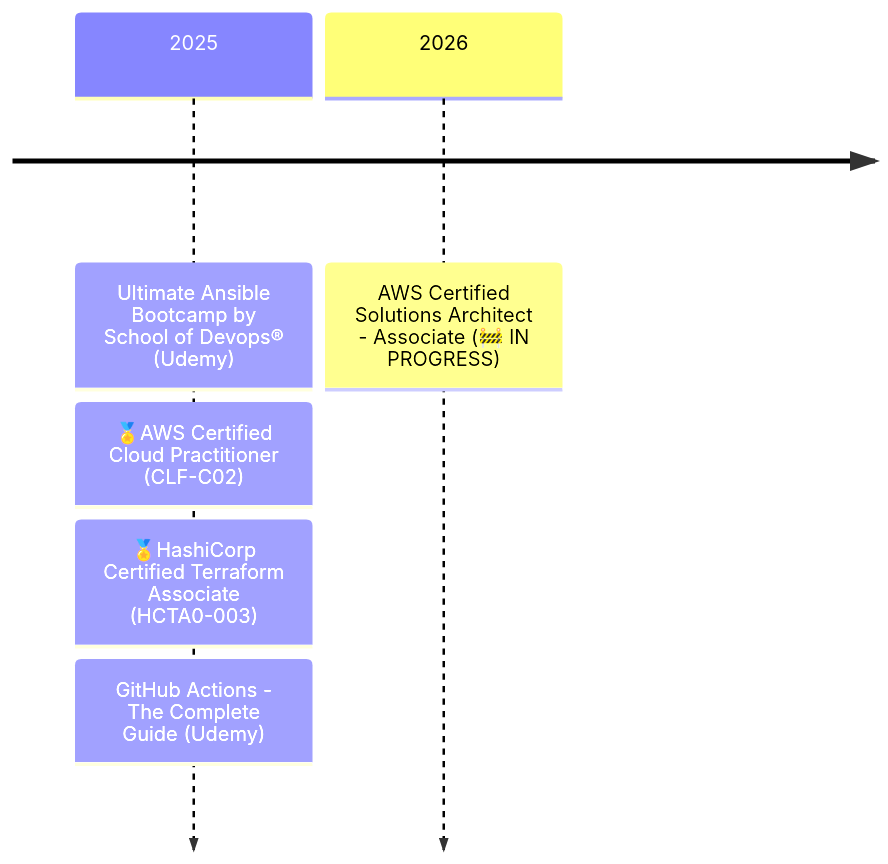
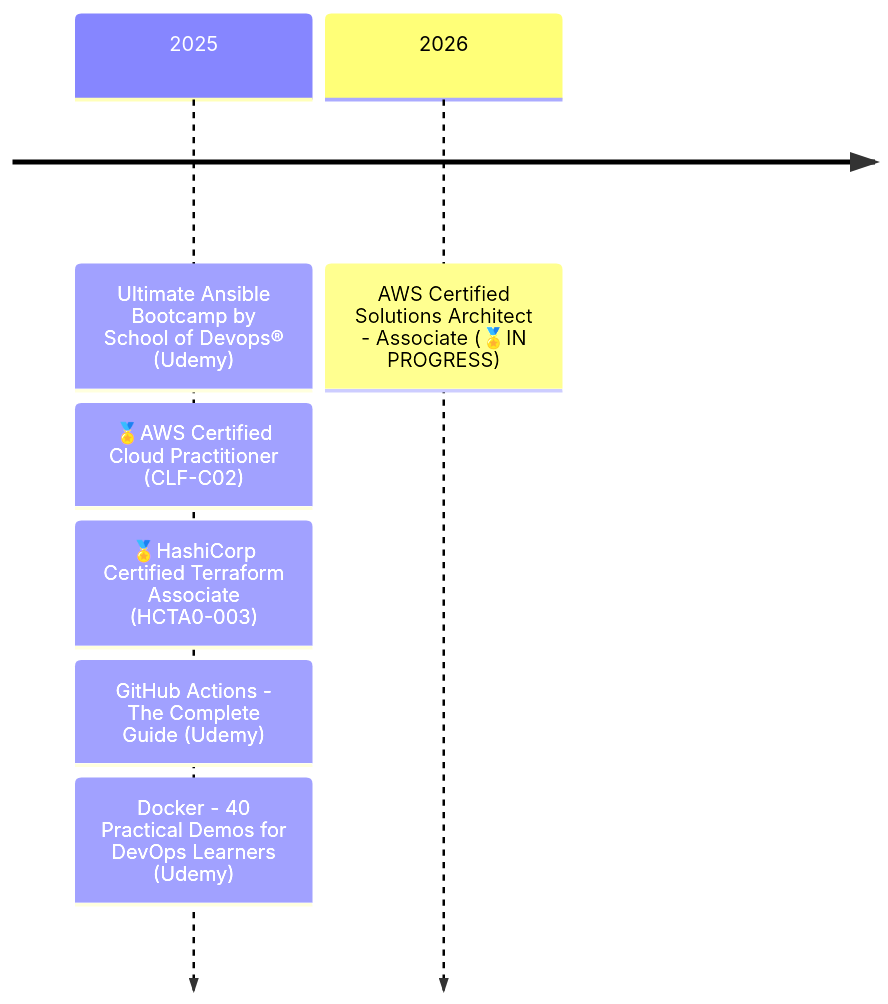
The diagram in content/about.md (rtdevx/rtdevx.github.io), drawn with Mermaid before and after one commit.

Commit message:
Obsidian sync: 2025-12-09 23:39:29

```diff
--- a/content/about.md
+++ b/content/about.md
@@ -63,8 +63,9 @@
 {{< mermaid >}}
 timeline
     2025 : Ultimate Ansible Bootcamp by School of Devops® (Udemy)
          : 🏅AWS Certified Cloud Practitioner (CLF-C02)
          : 🏅HashiCorp Certified Terraform Associate (HCTA0-003)
          : GitHub Actions - The Complete Guide (Udemy)
-    2026 : AWS Certified Solutions Architect - Associate (🚧 IN PROGRESS)
+         : Docker - 40 Practical Demos for DevOps Learners (Udemy)
+    2026 : AWS Certified Solutions Architect - Associate (🏅IN PROGRESS)
 {{< /mermaid >}}
```
